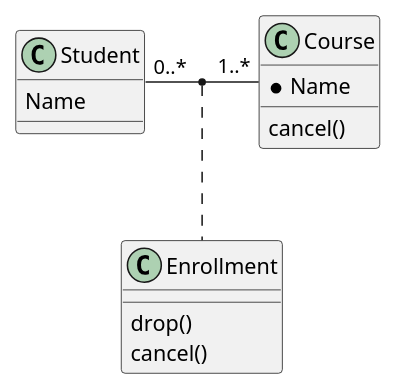
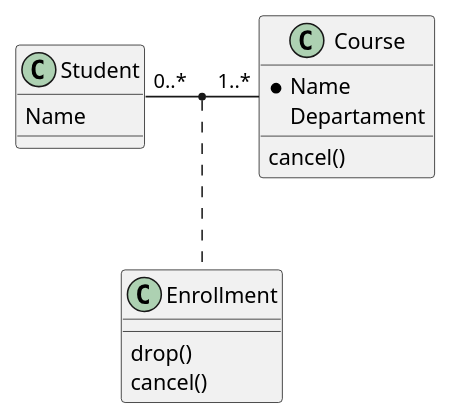
Before and after one commit to GiovaniPM/DMNTests: the diagram in PlantUML/class3.pu, drawn with PlantUML.

Commit message:
giova(DESKTOP-PG18CKU) 210128181852

```diff
--- a/PlantUML/class3.pu
+++ b/PlantUML/class3.pu
@@ -1,18 +1,19 @@
 @startuml
 class Student {
   Name
 }
 
 class Course{
   *Name
+  Departament
   cancel()
 }
 
 class Enrollment {
   drop()
   cancel()
 }
 
 Student "0..*" - "1..*" Course
 (Student, Course) .. Enrollment
 @enduml
```
